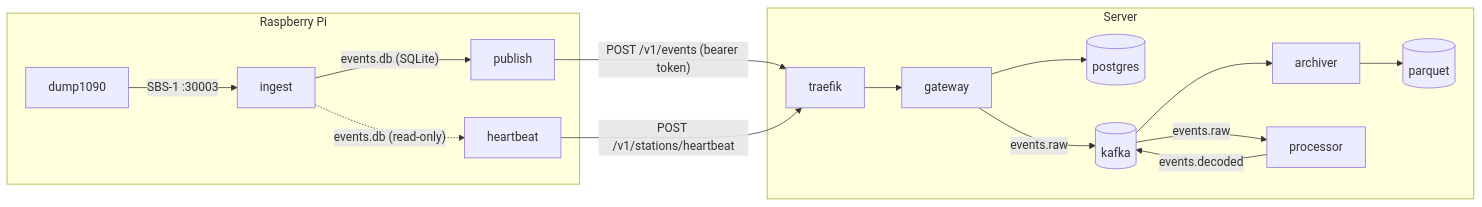
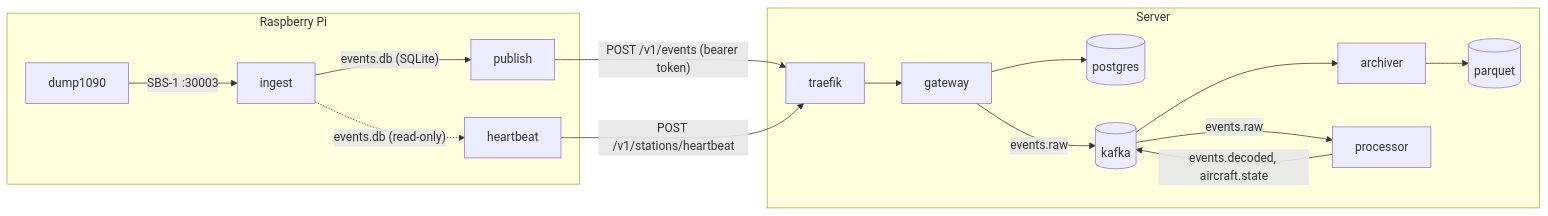
Before and after one commit to matthew-vance/listening-post: the diagram in README.md, drawn with Mermaid. The commit also changed other lines of this file and 6 other files, not shown here.

Commit message:
derive aircraft state in processor

````diff
--- a/README.md
+++ b/README.md
@@ -7,17 +7,17 @@
 ```mermaid
 flowchart LR
     subgraph pi [Raspberry Pi]
         dump1090 -- "SBS-1 :30003" --> ingest
         ingest -- "events.db (SQLite)" --> publish
         ingest -. "events.db (read-only)" .-> heartbeat
     end
     subgraph server [Server]
         traefik --> gateway
         gateway --> postgres[(postgres)]
         gateway -- "events.raw" --> kafka[(kafka)]
         kafka --> archiver --> archive[(parquet)]
-        kafka -- "events.raw" --> processor -- "events.decoded" --> kafka
+        kafka -- "events.raw" --> processor -- "events.decoded, aircraft.state" --> kafka
     end
     publish -- "POST /v1/events (bearer token)" --> traefik
     heartbeat -- "POST /v1/stations/heartbeat" --> traefik
 ```
````
